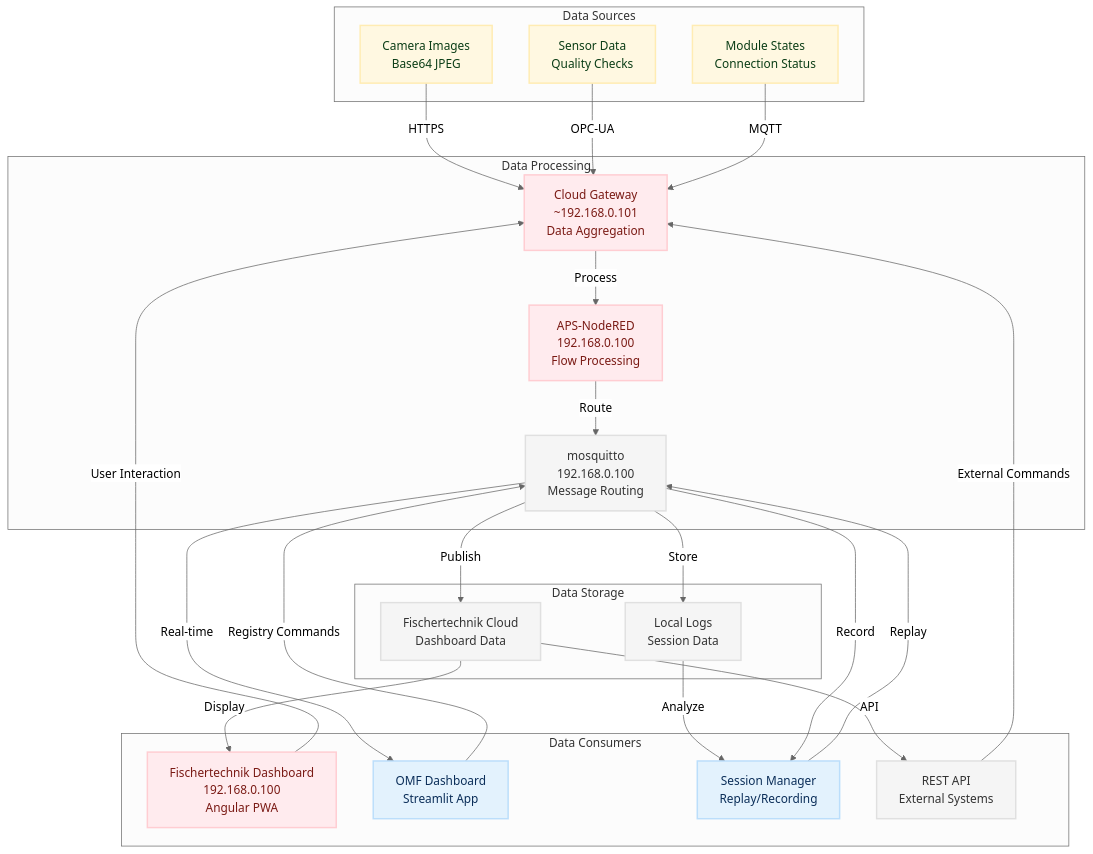
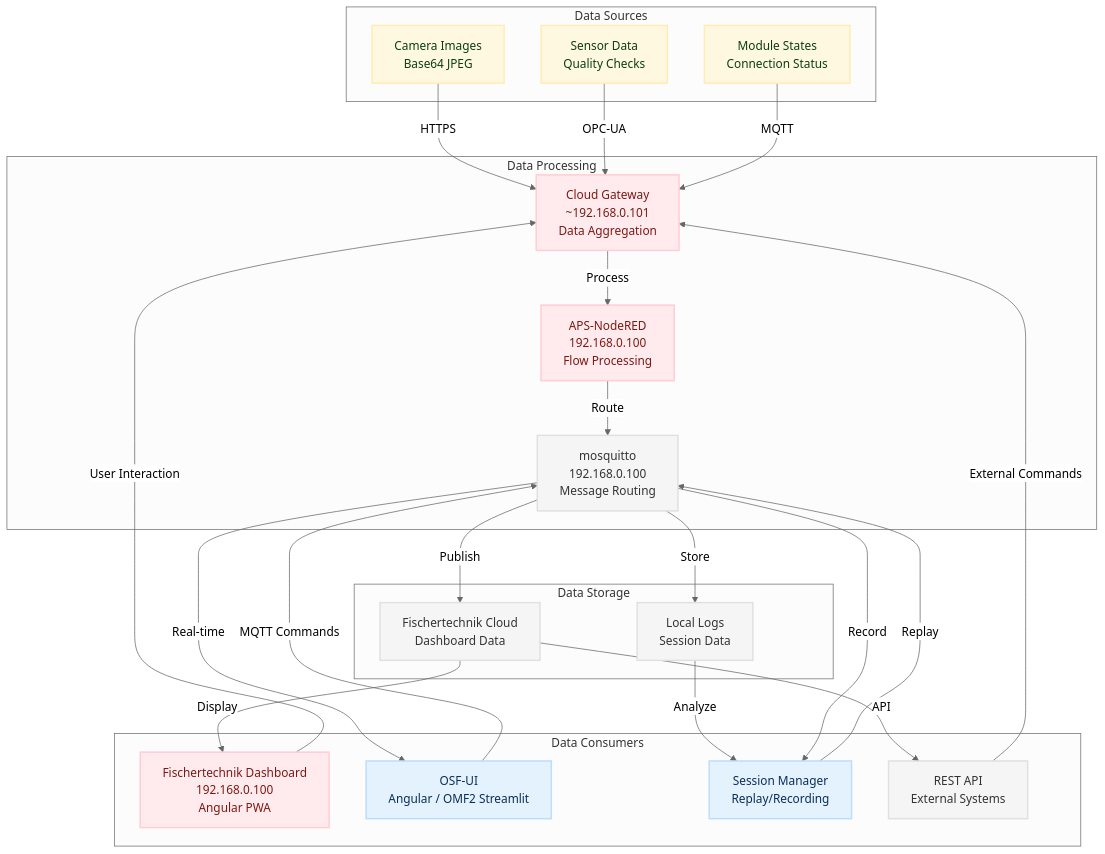
One commit to OliverBerger-ORBIS/ORBIS-Modellfabrik changed the first of 4 diagrams in docs/02-architecture/aps-data-flow.md. Above: the diagram before and after it, drawn with Mermaid. The commit also changed other lines of this file and 137 other files, not shown here.

````diff
--- a/docs/02-architecture/aps-data-flow.md
+++ b/docs/02-architecture/aps-data-flow.md
@@ -36,52 +34,52 @@
 ```mermaid
 %%{init: {'theme':'neutral'}}%%
 flowchart TD
 classDef orbis fill:#e3f2fd,stroke:#bbdefb,stroke-width:2px,color:#0b2e59;
 classDef fthardware fill:#fff8e1,stroke:#ffecb3,stroke-width:2px,color:#0b3d16;
 classDef ftsoftware fill:#ffebee,stroke:#ffcdd2,stroke-width:2px,color:#7a1a14;
 classDef external fill:#f5f5f5,stroke:#e0e0e0,stroke-width:2px,color:#333;
 
     subgraph "Data Sources"
         CAM[Camera Images<br/>Base64 JPEG]:::fthardware
         SENS[Sensor Data<br/>Quality Checks]:::fthardware
         STATE[Module States<br/>Connection Status]:::fthardware
     end
     
     subgraph "Data Processing"
         CG[Cloud Gateway<br/>~192.168.0.101<br/>Data Aggregation]:::ftsoftware
         NR[APS-NodeRED<br/>192.168.0.100<br/>Flow Processing]:::ftsoftware
         MQTT[mosquitto<br/>192.168.0.100<br/>Message Routing]:::external
     end
     
     subgraph "Data Storage"
         CLOUD[Fischertechnik Cloud<br/>Dashboard Data]:::external
         LOCAL[Local Logs<br/>Session Data]:::external
     end
     
     subgraph "Data Consumers"
         FT_DASH[Fischertechnik Dashboard<br/>192.168.0.100<br/>Angular PWA]:::ftsoftware
-        OMF_DASH[OMF Dashboard<br/>Streamlit App]:::orbis
+        OSF_UI[OSF-UI<br/>Angular / OMF2 Streamlit]:::orbis
         SESSION[Session Manager<br/>Replay/Recording]:::orbis
         API[REST API<br/>External Systems]:::external
     end
     
     CAM -->|HTTPS| CG
     SENS -->|OPC-UA| CG
     STATE -->|MQTT| CG
     
     CG -->|Process| NR
     NR -->|Route| MQTT
     MQTT -->|Publish| CLOUD
     MQTT -->|Store| LOCAL
     
     CLOUD -->|Display| FT_DASH
     CLOUD -->|API| API
     LOCAL -->|Analyze| SESSION
-    MQTT -->|Real-time| OMF_DASH
+    MQTT -->|Real-time| OSF_UI
     MQTT -->|Record| SESSION
     
     FT_DASH -->|User Interaction| CG
-    OMF_DASH -->|Registry Commands| MQTT
+    OSF_UI -->|MQTT Commands| MQTT
     SESSION -->|Replay| MQTT
     API -->|External Commands| CG
 ```
````
